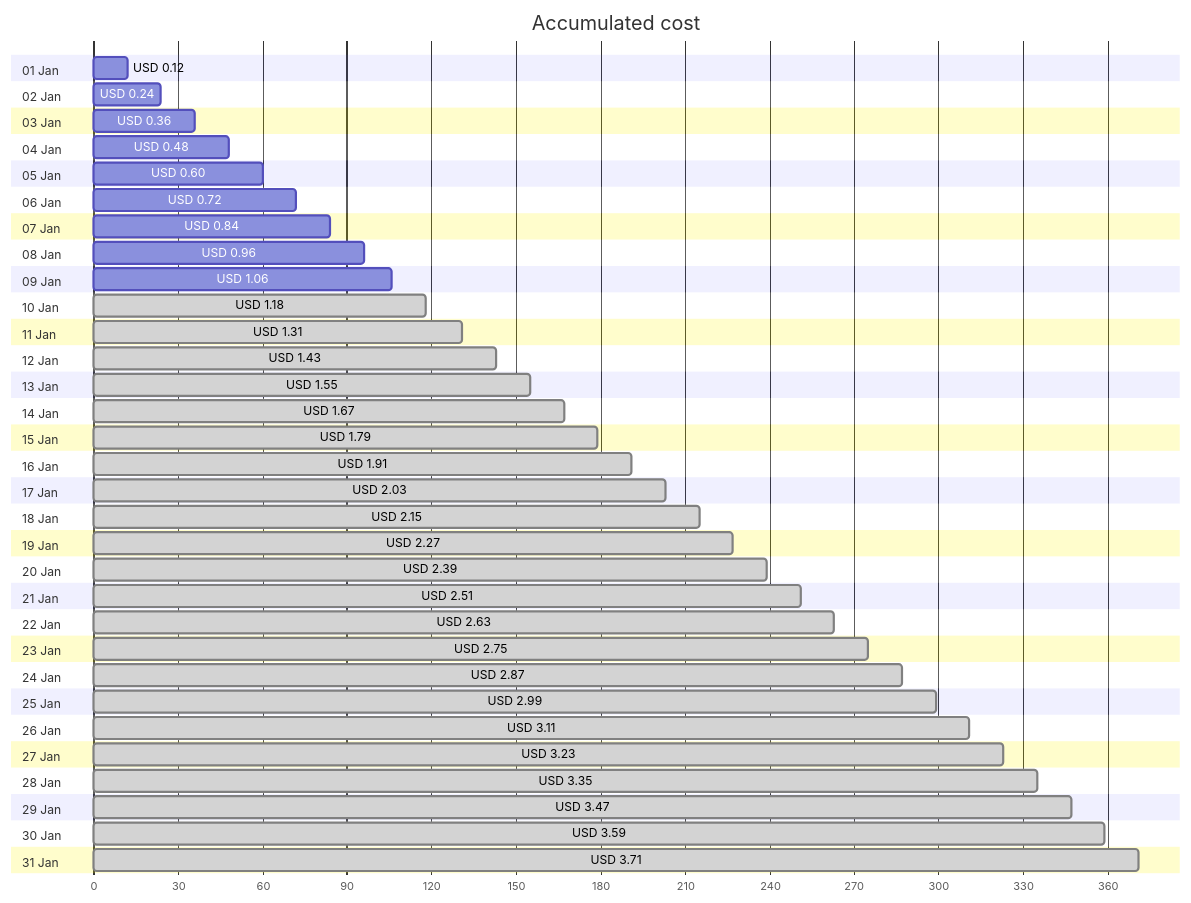
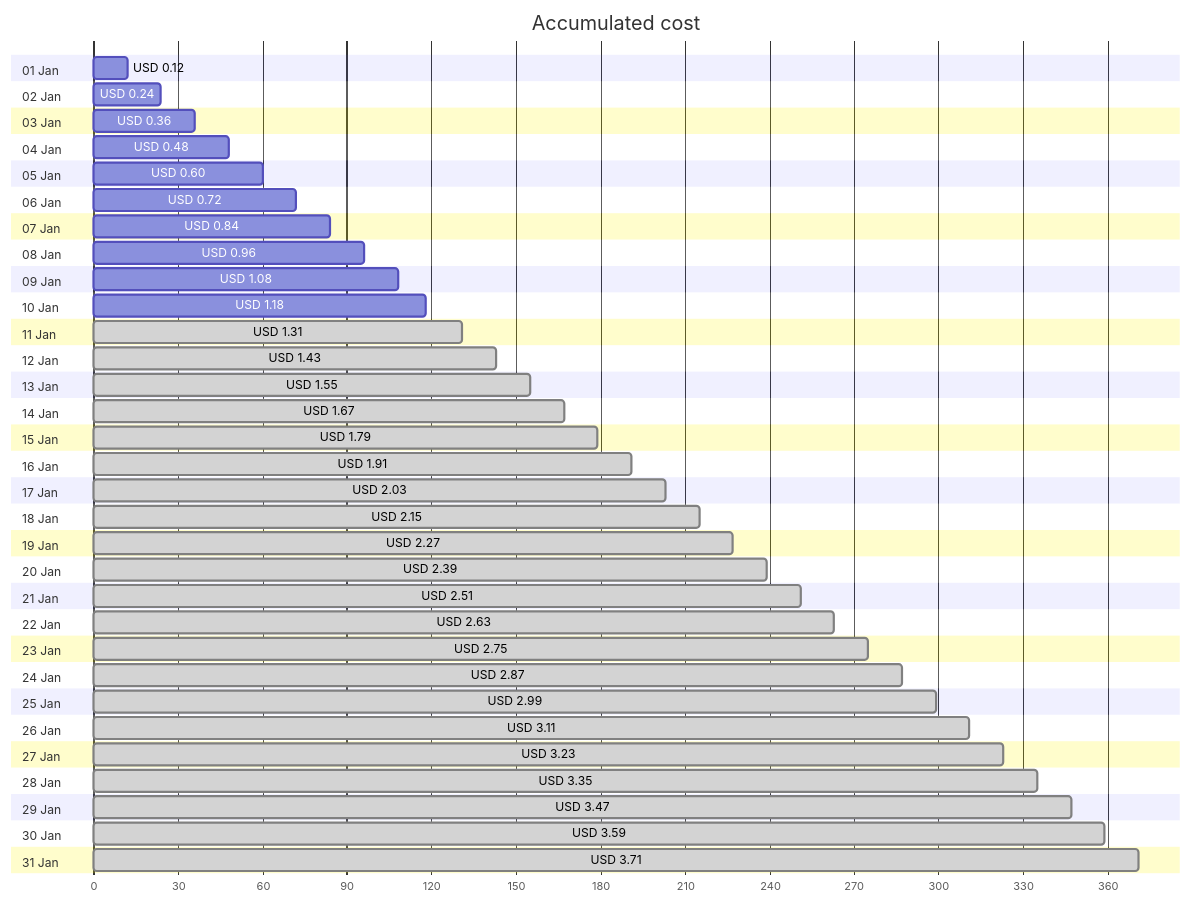
Before and after one commit to jpfulton/azure-personal-reports: the first of 4 diagrams in cost-reports/personal-network/backup-server-public-ip.md, drawn with Mermaid. The commit also changed other lines of this file and 8 other files, not shown here.

````diff
--- a/cost-reports/personal-network/backup-server-public-ip.md
+++ b/cost-reports/personal-network/backup-server-public-ip.md
@@ -20,68 +20,68 @@
 ```mermaid
 gantt
    title Accumulated cost
    dateFormat  X
    axisFormat %s
    section 01 Jan
    USD 0.12 :0, 12
    section 02 Jan
    USD 0.24 :0, 24
    section 03 Jan
    USD 0.36 :0, 36
    section 04 Jan
    USD 0.48 :0, 48
    section 05 Jan
    USD 0.60 :0, 60
    section 06 Jan
    USD 0.72 :0, 72
    section 07 Jan
    USD 0.84 :0, 84
    section 08 Jan
    USD 0.96 :0, 96
    section 09 Jan
-   USD 1.06 :0, 106
+   USD 1.08 :0, 108
    section 10 Jan
-   USD 1.18 : done, 0, 118
+   USD 1.18 :0, 118
    section 11 Jan
    USD 1.31 : done, 0, 131
    section 12 Jan
    USD 1.43 : done, 0, 143
    section 13 Jan
    USD 1.55 : done, 0, 155
    section 14 Jan
    USD 1.67 : done, 0, 167
    section 15 Jan
    USD 1.79 : done, 0, 179
    section 16 Jan
    USD 1.91 : done, 0, 191
    section 17 Jan
    USD 2.03 : done, 0, 203
    section 18 Jan
    USD 2.15 : done, 0, 215
    section 19 Jan
    USD 2.27 : done, 0, 227
    section 20 Jan
    USD 2.39 : done, 0, 239
    section 21 Jan
    USD 2.51 : done, 0, 251
    section 22 Jan
    USD 2.63 : done, 0, 263
    section 23 Jan
    USD 2.75 : done, 0, 275
    section 24 Jan
    USD 2.87 : done, 0, 287
    section 25 Jan
    USD 2.99 : done, 0, 299
    section 26 Jan
    USD 3.11 : done, 0, 311
    section 27 Jan
    USD 3.23 : done, 0, 323
    section 28 Jan
    USD 3.35 : done, 0, 335
    section 29 Jan
    USD 3.47 : done, 0, 347
    section 30 Jan
    USD 3.59 : done, 0, 359
    section 31 Jan
    USD 3.71 : done, 0, 371
 ```
````
